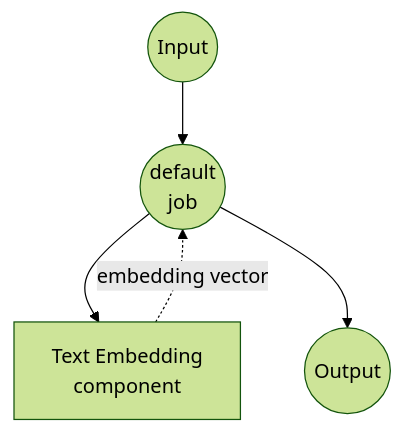
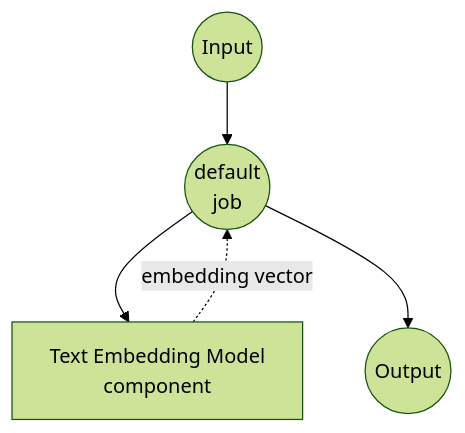
The diagram in examples/model-tasks/text-embedding/README.md (hanyeol/model-compose), drawn with Mermaid (forest theme) before and after one commit. The commit also changed 21 other files, not shown here.

````diff
--- a/examples/model-tasks/text-embedding/README.md
+++ b/examples/model-tasks/text-embedding/README.md
@@ -111,16 +111,16 @@
 ```mermaid
 graph TD
     %% Default job (implicit)
     J1((default<br/>job))
 
     %% Component
-    C1[Text Embedding<br/>component]
+    C1[Text Embedding Model<br/>component]
 
     %% Job to component connections (solid: invokes, dotted: returns)
     J1 --> C1
     C1 -.-> |embedding vector| J1
 
     %% Input/Output
     Input((Input)) --> J1
     J1 --> Output((Output))
 ```
````
